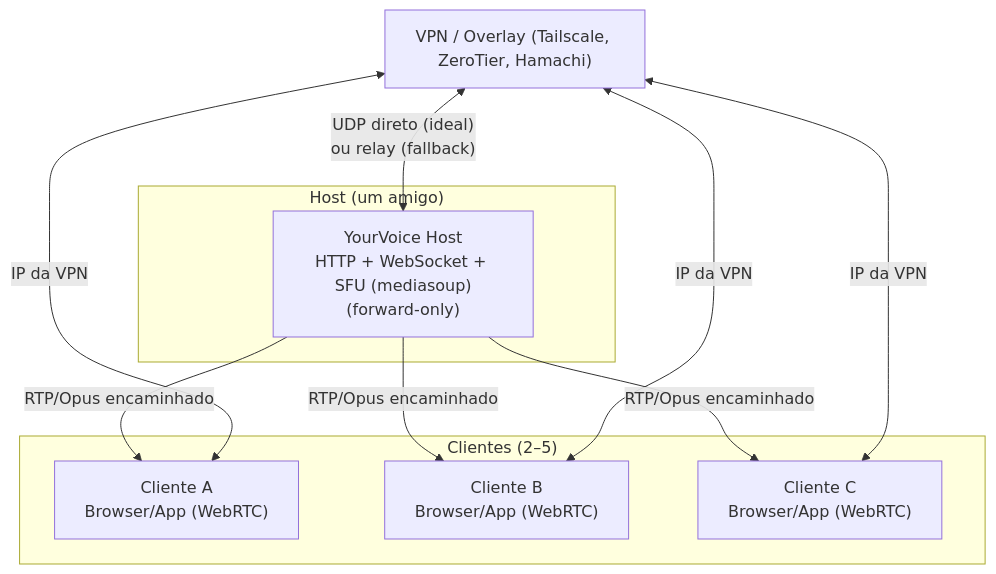
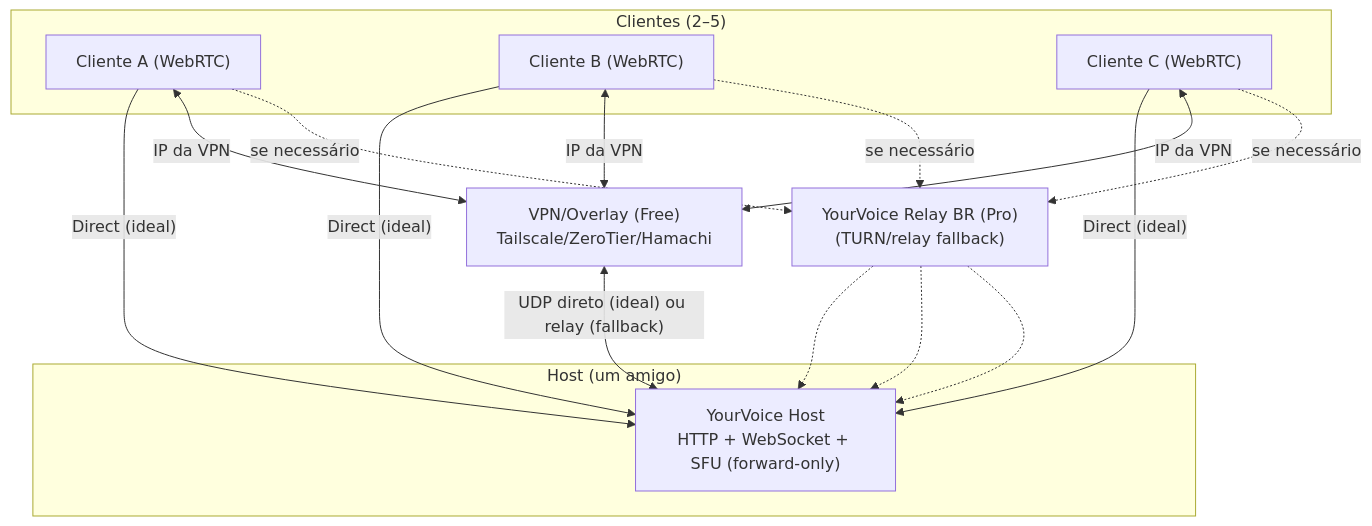
One commit to oBaldon/yourvoice changed the diagram in README.md. Above: the diagram before and after it, drawn with Mermaid. The commit also changed other lines of this file, not shown here.

`````diff
--- a/README.md
+++ b/README.md
@@ -280,27 +88,31 @@
 ```mermaid
 flowchart TD
-  %% --- Nodes ---
-  VPN["VPN / Overlay (Tailscale, ZeroTier, Hamachi)"]
-
   subgraph Clients["Clientes (2–5)"]
-    C1["Cliente A<br/>Browser/App (WebRTC)"]
-    C2["Cliente B<br/>Browser/App (WebRTC)"]
-    C3["Cliente C<br/>Browser/App (WebRTC)"]
+    C1["Cliente A (WebRTC)"]
+    C2["Cliente B (WebRTC)"]
+    C3["Cliente C (WebRTC)"]
   end
 
   subgraph Host["Host (um amigo)"]
-    H["YourVoice Host<br/>HTTP + WebSocket + SFU (mediasoup)<br/>(forward-only)"]
+    H["YourVoice Host<br/>HTTP + WebSocket + SFU (forward-only)"]
   end
 
-  %% --- Links ---
+  VPN["VPN/Overlay (Free)<br/>Tailscale/ZeroTier/Hamachi"]
+  RELAY["YourVoice Relay BR (Pro)<br/>(TURN/relay fallback)"]
+
+  %% Direct path
+  C1 -->|"Direct (ideal)"| H
+  C2 -->|"Direct (ideal)"| H
+  C3 -->|"Direct (ideal)"| H
+
+  %% VPN path
   C1 <-->|"IP da VPN"| VPN
   C2 <-->|"IP da VPN"| VPN
   C3 <-->|"IP da VPN"| VPN
+  VPN <-->|"UDP direto (ideal) ou relay (fallback)"| H
 
-  VPN <-->|"UDP direto (ideal)<br/>ou relay (fallback)"| H
-
-  H -->|"RTP/Opus encaminhado"| C1
-  H -->|"RTP/Opus encaminhado"| C2
-  H -->|"RTP/Opus encaminhado"| C3
-
-```
+  %% Pro Relay fallback
+  C1 -.->|"se necessário"| RELAY -.-> H
+  C2 -.->|"se necessário"| RELAY -.-> H
+  C3 -.->|"se necessário"| RELAY -.-> H
+````
`````
